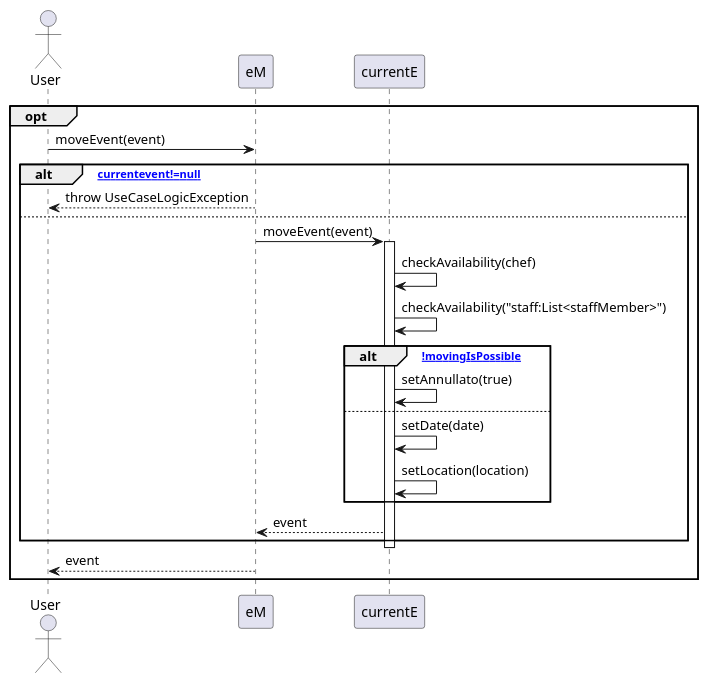
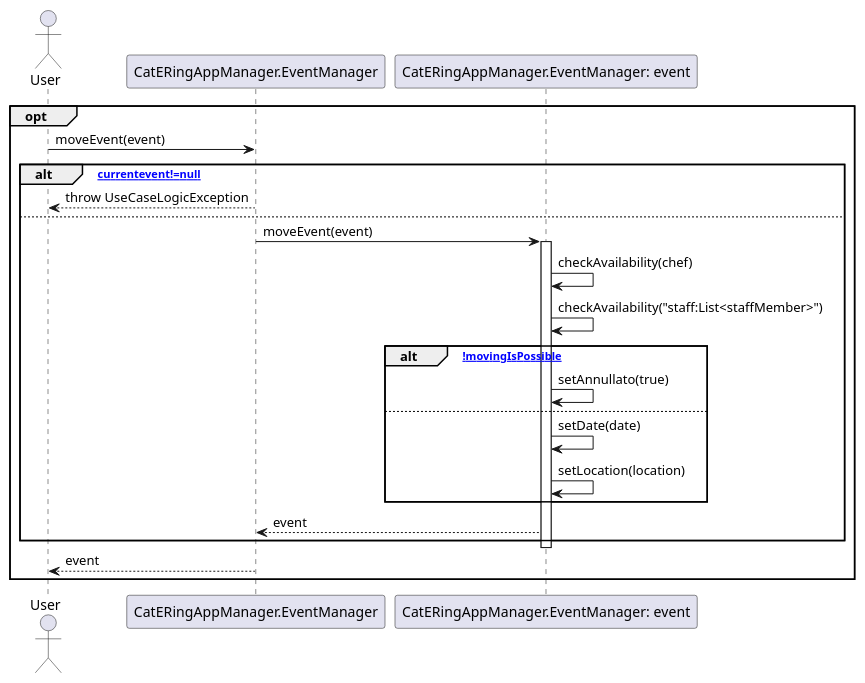
The diagram in dsd/dsd-eventi/scenarioPrincipale/spostaEvento.md (m0canu1/sas), drawn with PlantUML before and after one commit. The commit also changed 7 other files, not shown here.

````diff
--- a/dsd/dsd-eventi/scenarioPrincipale/spostaEvento.md
+++ b/dsd/dsd-eventi/scenarioPrincipale/spostaEvento.md
@@ -1,32 +1,32 @@
 ```plantuml
 Actor User
-Participant eM
-Participant currentE
+Participant "CatERingAppManager.EventManager"
+Participant "CatERingAppManager.EventManager: event"
 
 opt
-    User -> eM: moveEvent(event)
+    User -> "CatERingAppManager.EventManager": moveEvent(event)
 
     alt [currentevent!=null]
-        eM --> User: throw UseCaseLogicException
+        "CatERingAppManager.EventManager" --> User: throw UseCaseLogicException
     else
-        eM -> currentE: moveEvent(event)
-        Activate currentE
+        "CatERingAppManager.EventManager" -> "CatERingAppManager.EventManager: event": moveEvent(event)
+        Activate "CatERingAppManager.EventManager: event"
         
-        currentE -> currentE: checkAvailability(chef)
-        currentE -> currentE: checkAvailability("staff:List<staffMember>")
+        "CatERingAppManager.EventManager: event" -> "CatERingAppManager.EventManager: event": checkAvailability(chef)
+        "CatERingAppManager.EventManager: event" -> "CatERingAppManager.EventManager: event": checkAvailability("staff:List<staffMember>")
 
         alt [!movingIsPossible]
-            currentE -> currentE: setAnnullato(true)
+            "CatERingAppManager.EventManager: event" -> "CatERingAppManager.EventManager: event": setAnnullato(true)
         else
-            currentE -> currentE: setDate(date)
-            currentE -> currentE: setLocation(location)
+            "CatERingAppManager.EventManager: event" -> "CatERingAppManager.EventManager: event": setDate(date)
+            "CatERingAppManager.EventManager: event" -> "CatERingAppManager.EventManager: event": setLocation(location)
         end
-        currentE --> eM: event
+        "CatERingAppManager.EventManager: event" --> "CatERingAppManager.EventManager": event
     end
-    Deactivate currentE
+    Deactivate "CatERingAppManager.EventManager: event"
 
-    eM --> User: event
+    "CatERingAppManager.EventManager" --> User: event
 end
 
 
 ```
````
